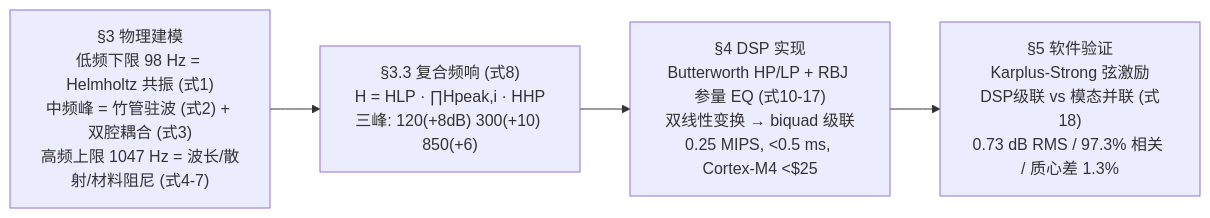
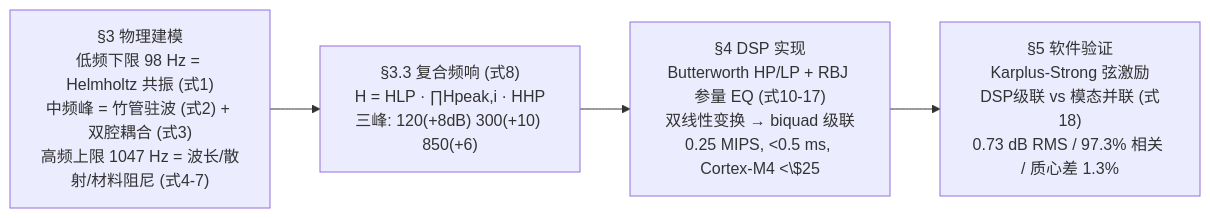
The diagram in 10_论文精读/2025/2025-GM-A-485_精读.md (L-zer0Coder/upc-archive), drawn with Mermaid before and after one commit. The commit also changed other lines of this file and 251 other files, not shown here.

````diff
--- a/10_论文精读/2025/2025-GM-A-485_精读.md
+++ b/10_论文精读/2025/2025-GM-A-485_精读.md
@@ -9,6 +9,6 @@
 ```mermaid
 flowchart LR
     A["§3 物理建模<br/>低频下限 98 Hz = Helmholtz 共振 (式1)<br/>中频峰 = 竹管驻波 (式2) + 双腔耦合 (式3)<br/>高频上限 1047 Hz = 波长/散射/材料阻尼 (式4-7)"] --> B["§3.3 复合频响 (式8)<br/>H = HLP · ∏Hpeak,i · HHP<br/>三峰: 120(+8dB) 300(+10) 850(+6)"]
-    B --> C["§4 DSP 实现<br/>Butterworth HP/LP + RBJ 参量 EQ (式10-17)<br/>双线性变换 → biquad 级联<br/>0.25 MIPS, <0.5 ms, Cortex-M4 <$25"]
+    B --> C["§4 DSP 实现<br/>Butterworth HP/LP + RBJ 参量 EQ (式10-17)<br/>双线性变换 → biquad 级联<br/>0.25 MIPS, <0.5 ms, Cortex-M4 <\$25"]
     C --> D["§5 软件验证<br/>Karplus-Strong 弦激励<br/>DSP级联 vs 模态并联 (式18)<br/>0.73 dB RMS / 97.3% 相关 / 质心差 1.3%"]
 ```
````
